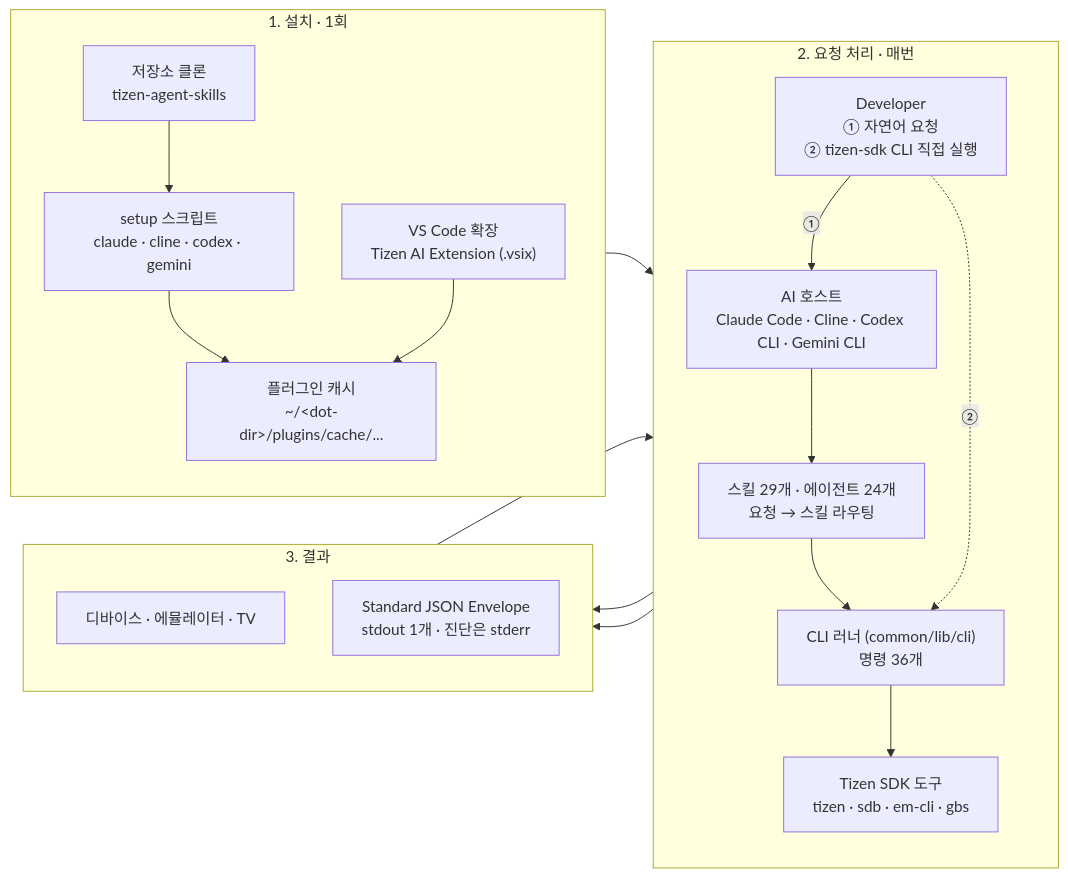
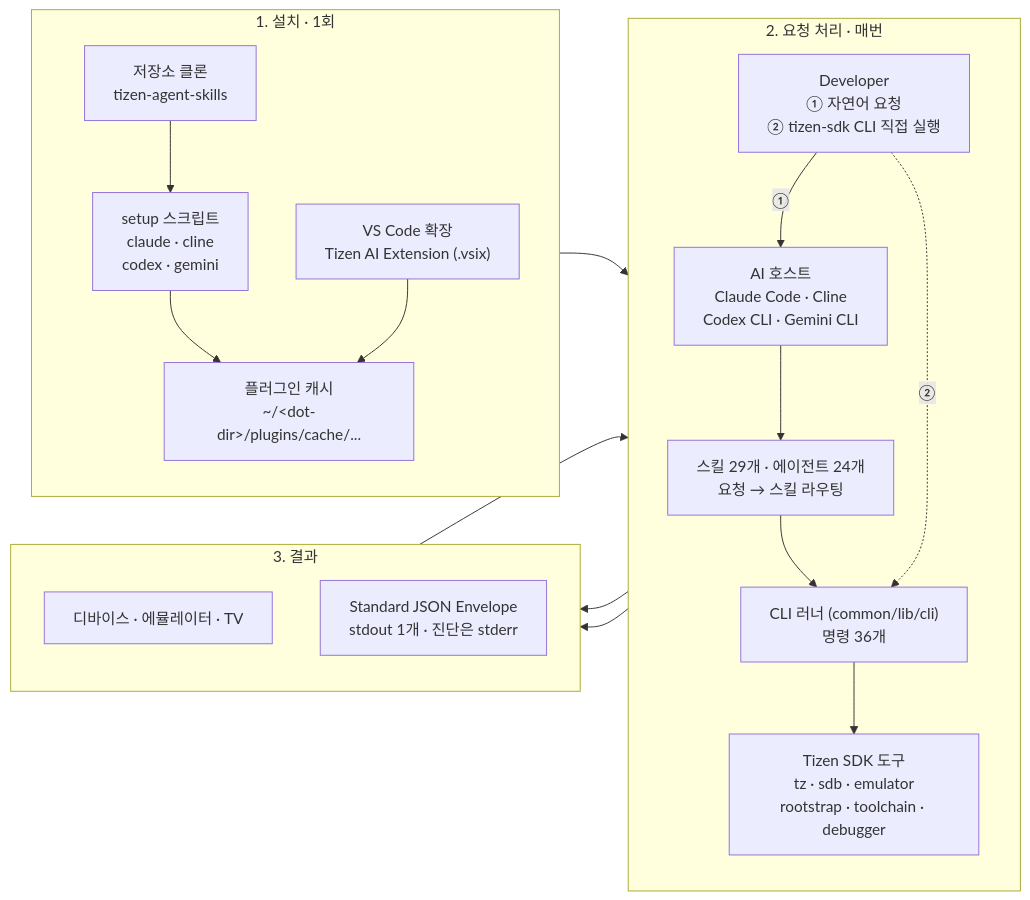
One commit to Samsung/tizen-agent-skills changed the first of 2 diagrams in tizen-sdk-skills/quick-guide.ko.md. Above: the diagram before and after it, drawn with Mermaid. The commit also changed other lines of this file and 1 other file, not shown here.

Commit message:
docs(tizen-sdk-skills): fix quick guide diagram labels and signing step
Long node labels were cut off in Mermaid renderers (VS Code preview), so
split the AI host, setup script, create-project, Standard JSON Envelope
and certificate-manager labels over two lines.

List the SDK tools as tz, sdb, emulator, rootstrap, toolchain and
debugger, and draw the optional certificate-manager step between
build-project and install-app.

````diff
--- a/tizen-sdk-skills/quick-guide.ko.md
+++ b/tizen-sdk-skills/quick-guide.ko.md
@@ -11,33 +11,33 @@
 ```mermaid
 flowchart LR
     subgraph S1["1. 설치 · 1회"]
         direction TB
-        Clone["저장소 클론<br/>tizen-agent-skills"] --> Setup["setup 스크립트<br/>claude · cline · codex · gemini"]
+        Clone["저장소 클론<br/>tizen-agent-skills"] --> Setup["setup 스크립트<br/>claude · cline<br/>codex · gemini"]
         VSIX["VS Code 확장<br/>Tizen AI Extension (.vsix)"]
         Setup --> Cache["플러그인 캐시<br/>~/&lt;dot-dir&gt;/plugins/cache/..."]
         VSIX --> Cache
     end
 
     subgraph S2["2. 요청 처리 · 매번"]
         direction TB
         Dev["Developer<br/>① 자연어 요청<br/>② tizen-sdk CLI 직접 실행"]
-        Host["AI 호스트<br/>Claude Code · Cline · Codex CLI · Gemini CLI"]
+        Host["AI 호스트<br/>Claude Code · Cline<br/>Codex CLI · Gemini CLI"]
         Skill["스킬 29개 · 에이전트 24개<br/>요청 → 스킬 라우팅"]
         Runner["CLI 러너 (common/lib/cli)<br/>명령 36개"]
-        Tools["Tizen SDK 도구<br/>tizen · sdb · em-cli · gbs"]
+        Tools["Tizen SDK 도구<br/>tz · sdb · emulator<br/>rootstrap · toolchain · debugger"]
         Dev -->|①| Host --> Skill --> Runner
         Dev -.->|②| Runner
         Runner --> Tools
     end
 
     subgraph S3["3. 결과"]
         direction TB
         Target["디바이스 · 에뮬레이터 · TV"]
         Env["Standard JSON Envelope<br/>stdout 1개 · 진단은 stderr"]
     end
 
     Cache --> Skill
     Tools --> Target
     Runner --> Env
     Env --> Host
 ```
````
